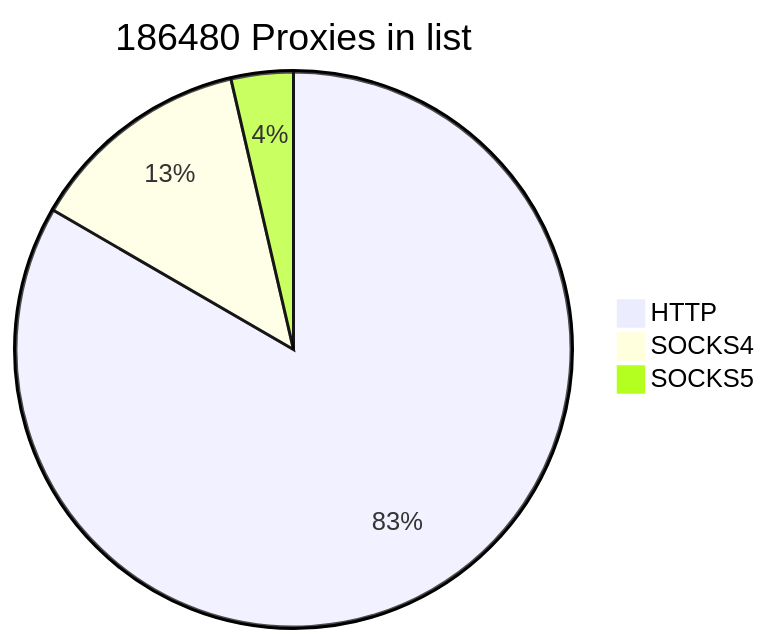
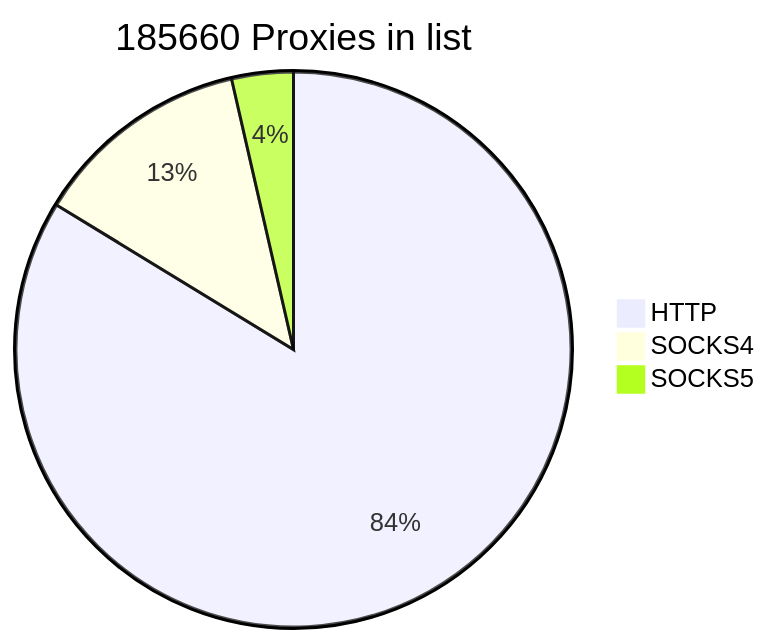
The first of 2 diagrams in README.md (cutipu/proxylist), drawn with Mermaid before and after one commit. The commit also changed other lines of this file, not shown here.

````diff
--- a/README.md
+++ b/README.md
@@ -2,7 +2,7 @@
 ```mermaid
-pie title 186480 Proxies in list
-    "HTTP" : 155460
-    "SOCKS4" : 24274
-    "SOCKS5" : 6746
+pie title 185660 Proxies in list
+    "HTTP" : 155435
+    "SOCKS4" : 23575
+    "SOCKS5" : 6650
             
 ```
````
